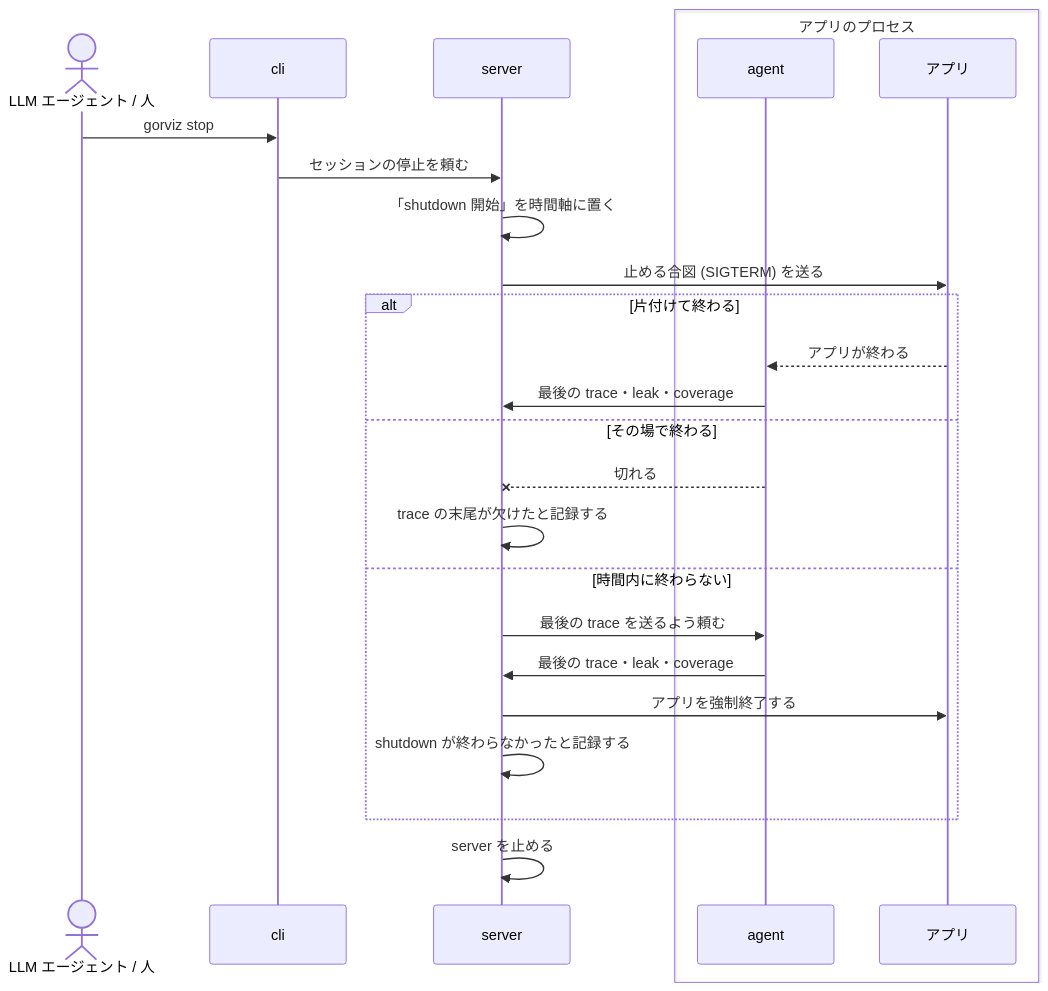
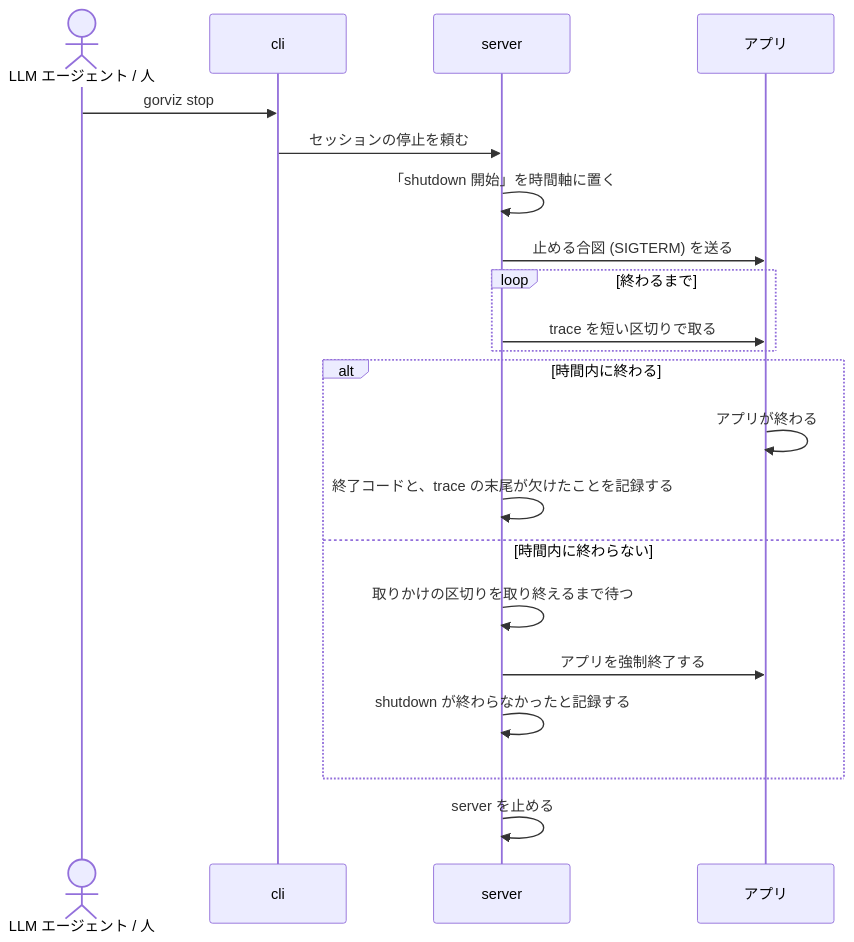
One commit to kakkky/gorviz changed the seventh of 7 diagrams in docs/design.md. Above: the diagram before and after it, drawn with Mermaid. The commit also changed other lines of this file and 62 other files, not shown here.

````diff
--- a/docs/design.md
+++ b/docs/design.md
@@ -280,28 +261,24 @@
 ```mermaid
 sequenceDiagram
     actor L as LLM エージェント / 人
     participant C as cli
     participant S as server
-    box アプリのプロセス
-        participant A as agent
-        participant App as アプリ
-    end
+    participant App as アプリ
 
     L->>C: gorviz stop
     C->>S: セッションの停止を頼む
     S->>S: 「shutdown 開始」を時間軸に置く
     S->>App: 止める合図 (SIGTERM) を送る
-    alt 片付けて終わる
-        App-->>A: アプリが終わる
-        A->>S: 最後の trace・leak・coverage
-    else その場で終わる
-        A--xS: 切れる
-        S->>S: trace の末尾が欠けたと記録する
+    loop 終わるまで
+        S->>App: trace を短い区切りで取る
+    end
+    alt 時間内に終わる
+        App->>App: アプリが終わる
+        S->>S: 終了コードと、trace の末尾が欠けたことを記録する
     else 時間内に終わらない
-        S->>A: 最後の trace を送るよう頼む
-        A->>S: 最後の trace・leak・coverage
+        S->>S: 取りかけの区切りを取り終えるまで待つ
         S->>App: アプリを強制終了する
         S->>S: shutdown が終わらなかったと記録する
     end
     S->>S: server を止める
 ```
````
